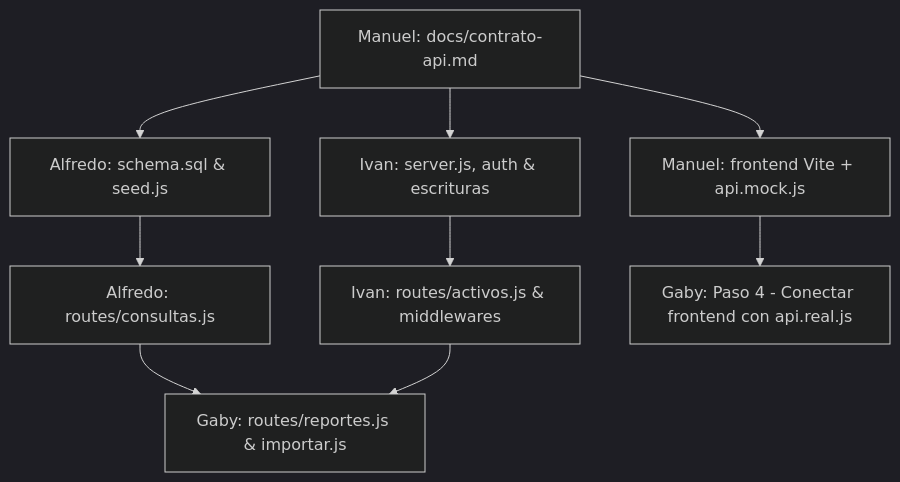
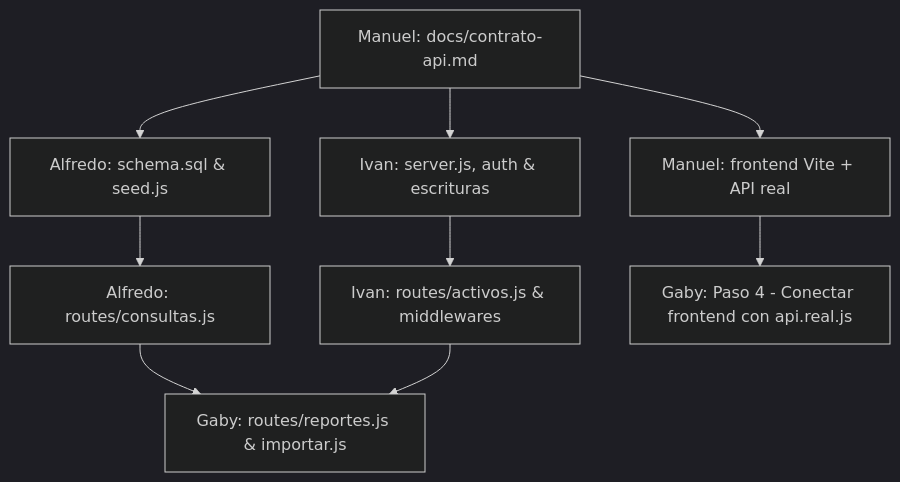
The diagram in docs/contrato-api.md (TheManuel5/TIT-Municipalidad), drawn with Mermaid (dark theme) before and after one commit. The commit also changed 18 other files, not shown here.

````diff
--- a/docs/contrato-api.md
+++ b/docs/contrato-api.md
@@ -595,11 +595,11 @@
 ```mermaid
 graph TD
     A[Manuel: docs/contrato-api.md] --> B[Alfredo: schema.sql & seed.js]
     A --> C[Ivan: server.js, auth & escrituras]
-    A --> D[Manuel: frontend Vite + api.mock.js]
+    A --> D[Manuel: frontend Vite + API real]
     B --> E[Alfredo: routes/consultas.js]
     C --> F[Ivan: routes/activos.js & middlewares]
     E --> G[Gaby: routes/reportes.js & importar.js]
     F --> G
     D --> H[Gaby: Paso 4 - Conectar frontend con api.real.js]
 ```
````
